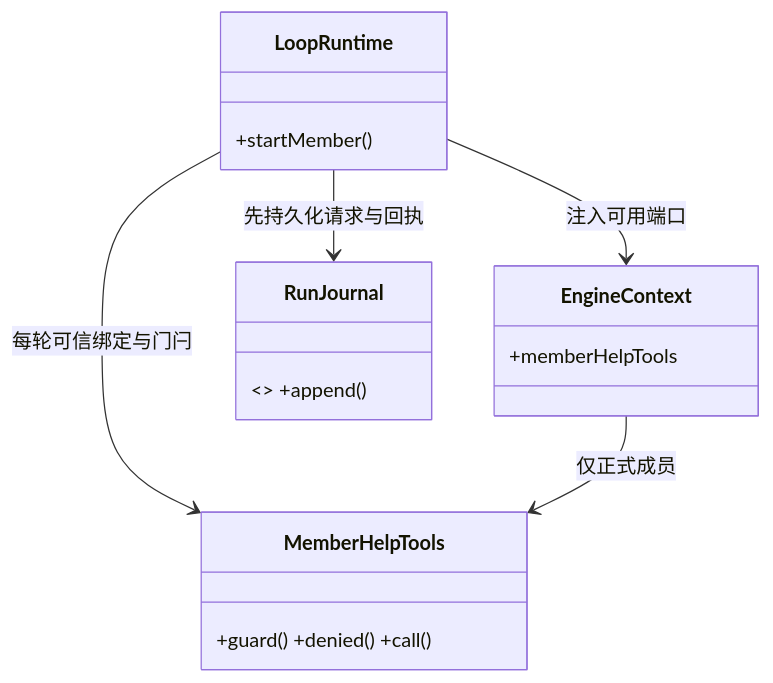
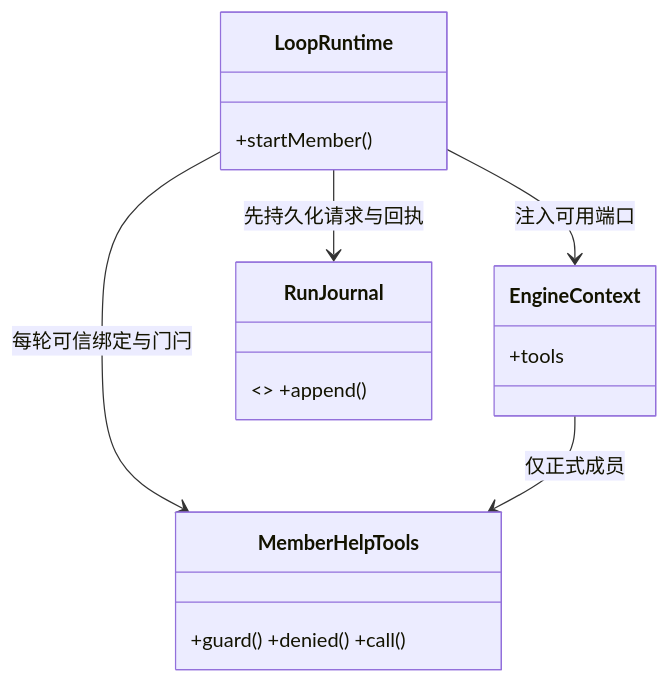
The first of 2 diagrams in src/backend/core/brain/CONTRACT.md (nan023062/cbim), drawn with Mermaid before and after one commit. The commit also changed other lines of this file and 50 other files, not shown here.

````diff
--- a/src/backend/core/brain/CONTRACT.md
+++ b/src/backend/core/brain/CONTRACT.md
@@ -47,11 +47,11 @@
 ```mermaid
 classDiagram
 class LoopRuntime { +startMember() }
 class MemberHelpTools { +guard() +denied() +call() }
-class EngineContext { +memberHelpTools }
+class EngineContext { +tools }
 class RunJournal { <<port>> +append() }
 LoopRuntime --> MemberHelpTools : 每轮可信绑定与门闩
 LoopRuntime --> RunJournal : 先持久化请求与回执
 LoopRuntime --> EngineContext : 注入可用端口
 EngineContext --> MemberHelpTools : 仅正式成员
 ```
````
